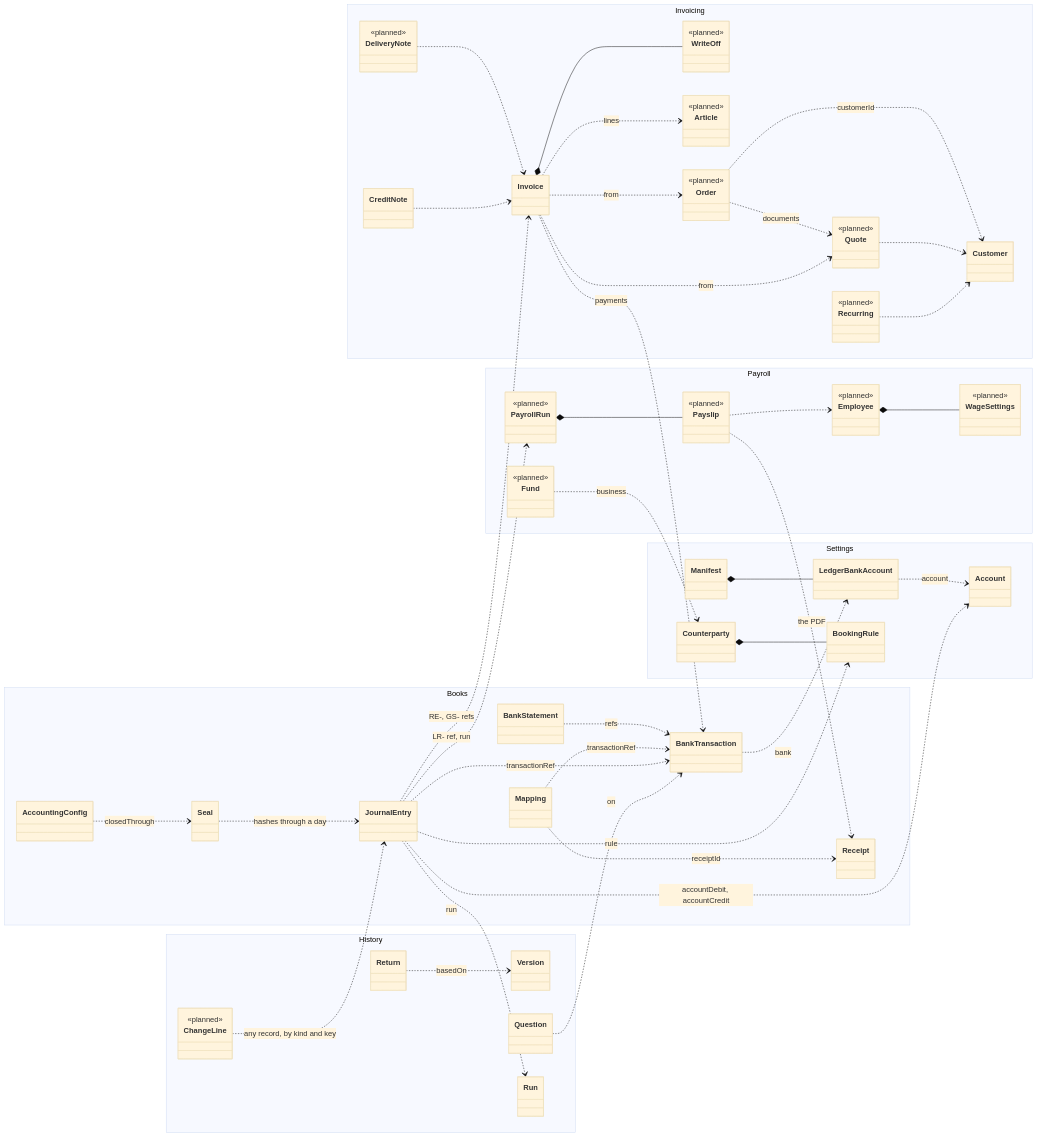
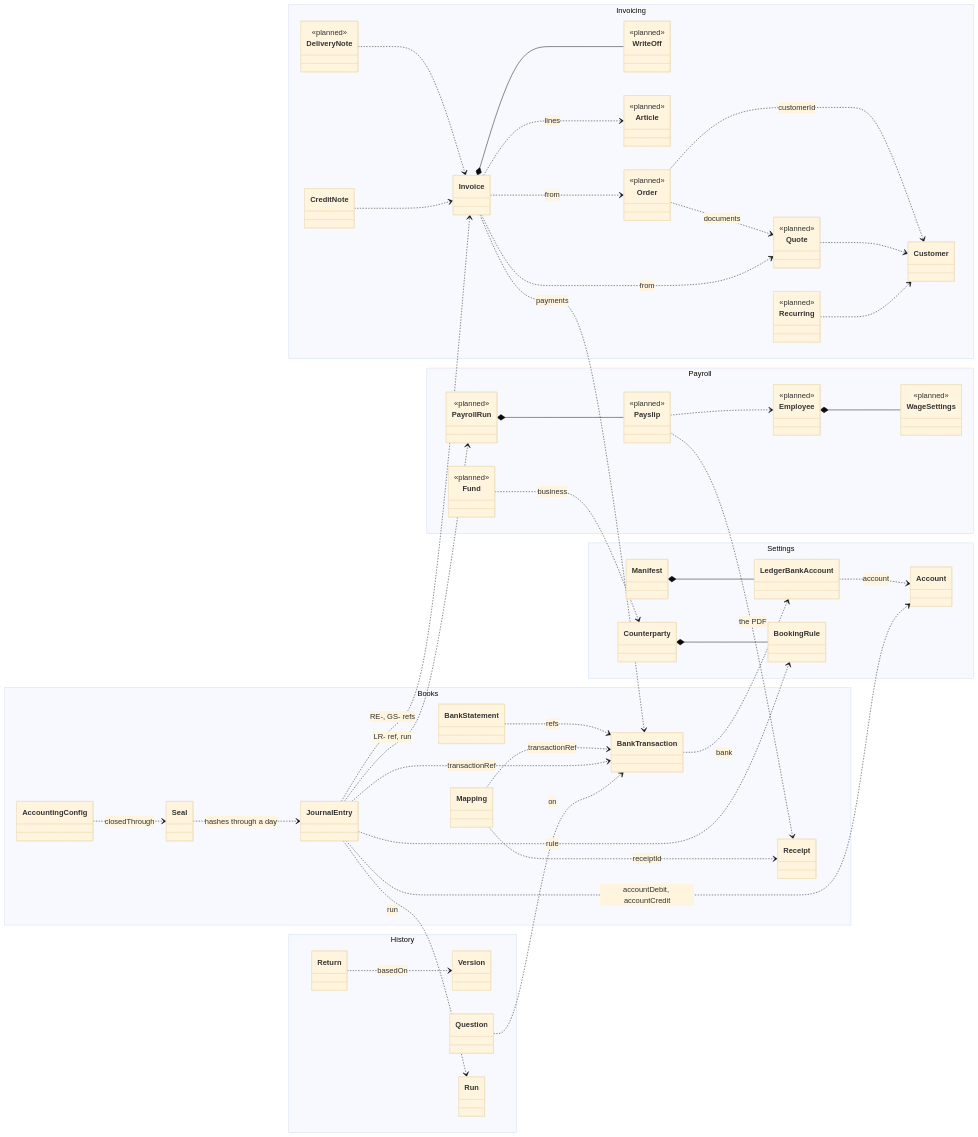
The first of 5 diagrams in docs/specs/domain-model.md (VanillaSystems/vanilla-accounting), drawn with Mermaid (base theme) before and after one commit. The commit also changed other lines of this file and 1 other file, not shown here.

First line of the commit message:
Spec domain model: keep the architecture as it is

````diff
--- a/docs/specs/domain-model.md
+++ b/docs/specs/domain-model.md
@@ -296,7 +289,6 @@
     class Payslip
   }
   namespace History {
-    class ChangeLine
     class Version
     class Return
     class Question
@@ -313,7 +305,6 @@
   <<planned>> Fund
   <<planned>> PayrollRun
   <<planned>> Payslip
-  <<planned>> ChangeLine
 
   Manifest *-- LedgerBankAccount
   LedgerBankAccount ..> Account : account
@@ -349,7 +340,6 @@
   Payslip ..> Receipt : the PDF
   JournalEntry ..> PayrollRun : LR- ref, run
 
-  ChangeLine ..> JournalEntry : any record, by kind and key
   Return ..> Version : basedOn
   Question ..> BankTransaction : on
 ```
````
